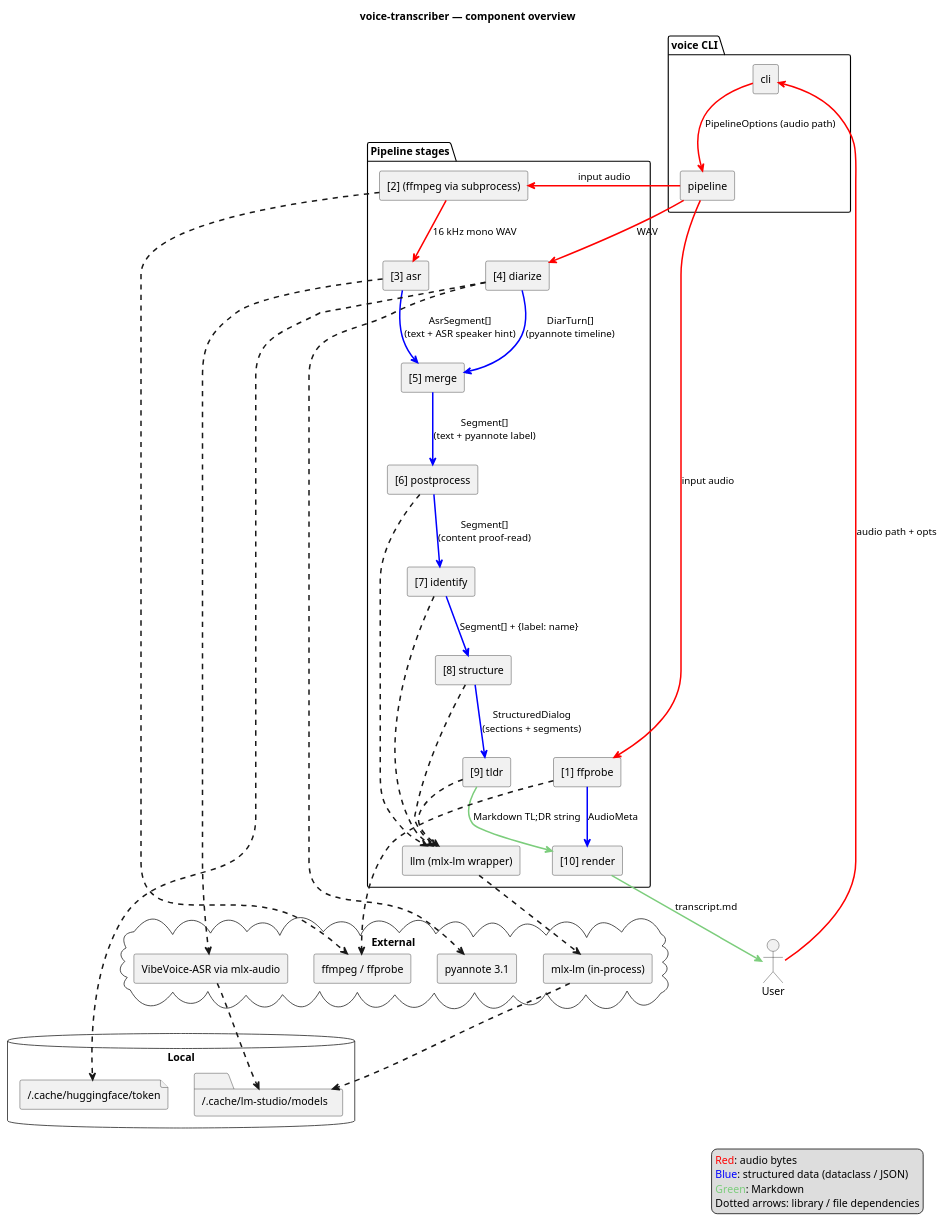
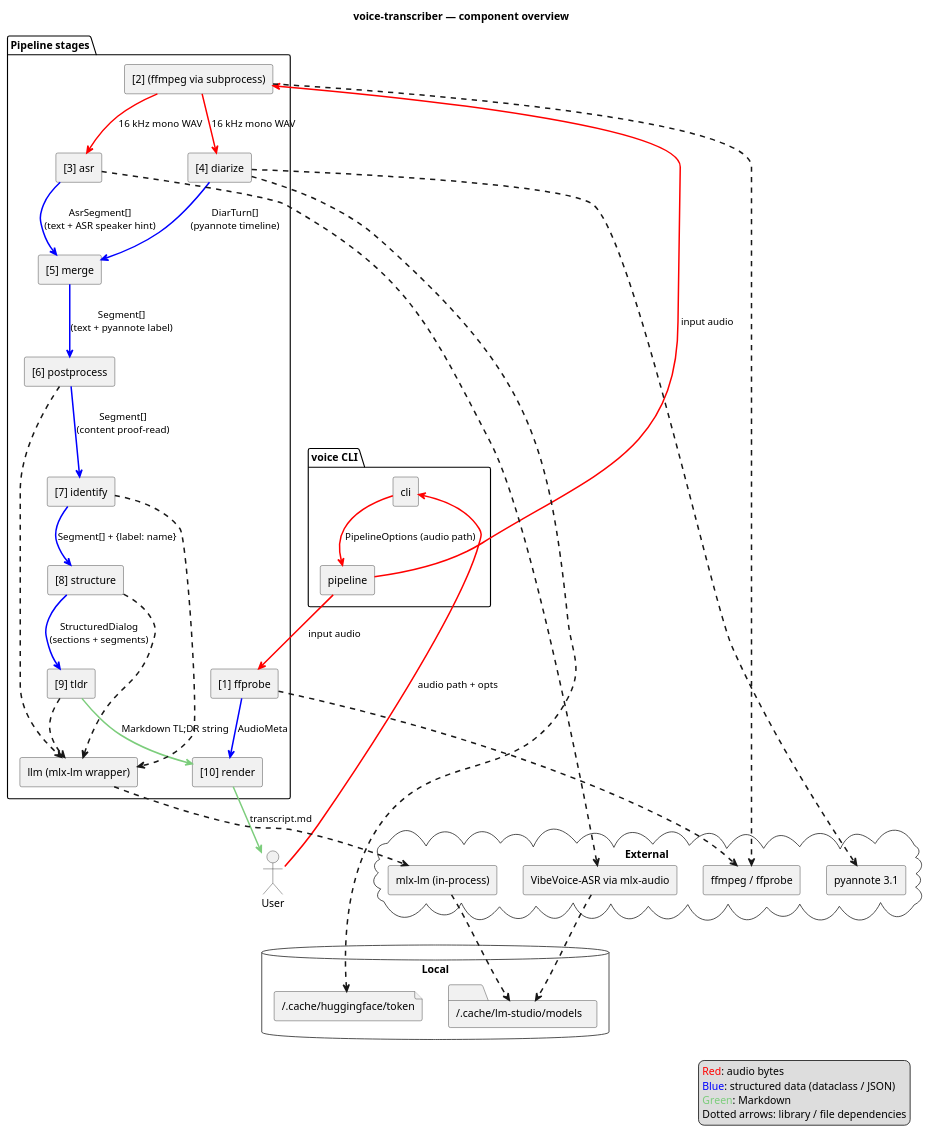
Before and after one commit to artem-from-ua/voice-transcriber: the diagram in docs/architecture.md, drawn with PlantUML. The commit also changed other lines of this file, not shown here.

Commit message:
Fix: diarize reads the WAV from step 2, not directly from pipeline
The previous revision drew a Pipeline → Diar edge as if diarize got its
audio from the orchestrator. In reality pipeline.py runs ffmpeg once
into a temp WAV and both asr.transcribe() and diarize.diarize() open
that same file. Diarize's incoming edge is now from [2] WAV like
ASR's, which matches the code and makes the parallel branch obvious.

````diff
--- a/docs/architecture.md
+++ b/docs/architecture.md
@@ -9,78 +9,78 @@
 ```plantuml
 @startuml
 title voice-transcriber — component overview
 skinparam componentStyle rectangle
 skinparam ArrowThickness 2
 
 actor User
 
 package "voice CLI" {
   component "cli" as CLI
   component "pipeline" as Pipeline
 }
 
 package "Pipeline stages" {
   component "[1] ffprobe" as FF
   component "[2] (ffmpeg via subprocess)" as WAV
   component "[3] asr" as ASR
   component "[4] diarize" as Diar
   component "[5] merge" as Merge
   component "[6] postprocess" as Post
   component "[7] identify" as Ident
   component "[8] structure" as Struct
   component "[9] tldr" as TLDR
   component "[10] render" as Render
   component "llm (mlx-lm wrapper)" as LLM
 }
 
 cloud "External" {
   [ffmpeg / ffprobe] as Ffmpeg
   [VibeVoice-ASR via mlx-audio] as MLX
   [pyannote 3.1] as Pyannote
   [mlx-lm (in-process)] as MlxLm
 }
 
 database "Local" {
   folder "~/.cache/lm-studio/models" as LMSCache
   file "~/.cache/huggingface/token" as HFToken
 }
 
 User -[#red]-> CLI : audio path + opts
 CLI -[#red]-> Pipeline : PipelineOptions (audio path)
 
 Pipeline -[#red]-> WAV : input audio
 WAV -[#red]-> ASR : 16 kHz mono WAV
+WAV -[#red]-> Diar : 16 kHz mono WAV
 Pipeline -[#red]-> FF : input audio
 FF -[#blue]-> Render : AudioMeta
 
 ASR -[#blue]-> Merge : AsrSegment[]\n(text + ASR speaker hint)
-Pipeline -[#red]-> Diar : WAV
 Diar -[#blue]-> Merge : DiarTurn[]\n(pyannote timeline)
 Merge -[#blue]-> Post : Segment[]\n(text + pyannote label)
 Post -[#blue]-> Ident : Segment[]\n(content proof-read)
 Ident -[#blue]-> Struct : Segment[] + {label: name}
 Struct -[#blue]-> TLDR : StructuredDialog\n(sections + segments)
 TLDR -[#7CCD7C]-> Render : Markdown TL;DR string
 Render -[#7CCD7C]-> User : transcript.md
 
 WAV ..> Ffmpeg
 FF ..> Ffmpeg
 ASR ..> MLX
 MLX ..> LMSCache
 Diar ..> Pyannote
 Diar ..> HFToken
 Post ..> LLM
 Ident ..> LLM
 Struct ..> LLM
 TLDR ..> LLM
 LLM ..> MlxLm
 MlxLm ..> LMSCache
 
 legend right
   <color:red>Red</color>: audio bytes
   <color:blue>Blue</color>: structured data (dataclass / JSON)
   <color:#7CCD7C>Green</color>: Markdown
   Dotted arrows: library / file dependencies
 end legend
 @enduml
 ```
````
